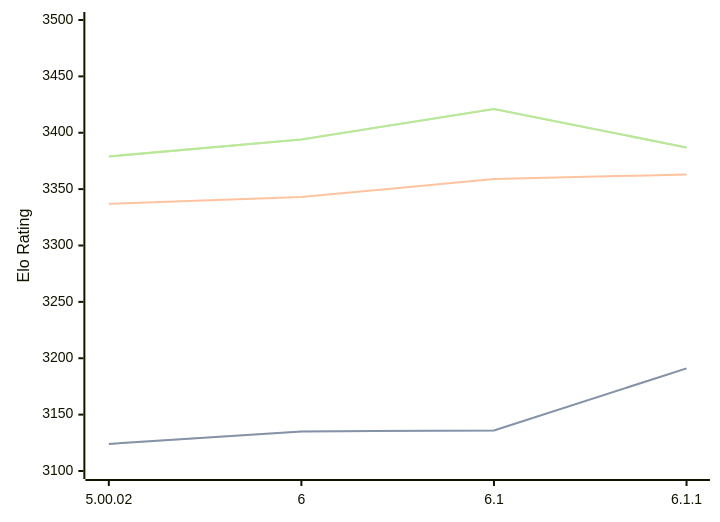
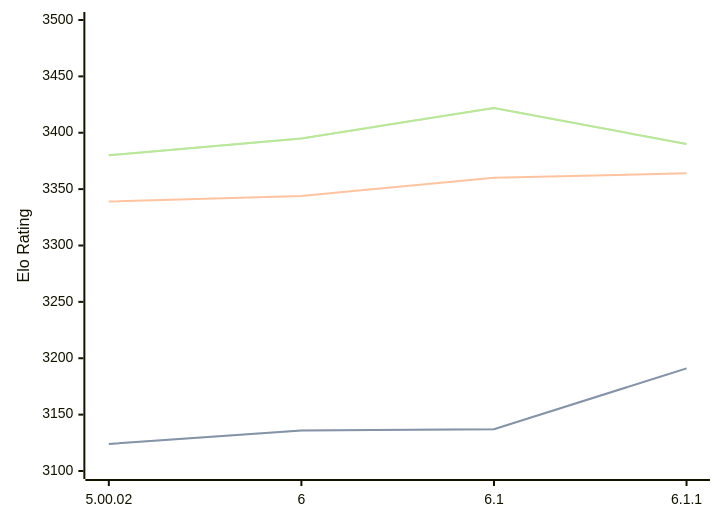
The third of 3 diagrams in engines/Zangdar.md (computer-chess-index/cci), drawn with Mermaid before and after one commit. The commit also changed other lines of this file, not shown here.

Commit message:
Update CCI Ratings (ELO VLTC) - 2026-07-12

````diff
--- a/engines/Zangdar.md
+++ b/engines/Zangdar.md
@@ -79,11 +79,11 @@
 ```mermaid
 %%{init: {"theme":"base","themeVariables":{"seriesColors:['#a3a3a3','#222221','#faa371']}}}%%
 xychart-beta
   x-axis ["5.00.02", "6", "6.1", "6.1.1"]
   y-axis "Elo Rating" 3100 --> 3500
-  line "STC (8.0+0.08s)" [3124, 3135, 3136, 3191]
-  line "STC (8.0+0.08s)" [3124, 3135, 3136, 3191]
-  line "LTC (60.0+0.60s)" [3337, 3343, 3359, 3363]
-  line "VLTC (2m24s+1.12s)" [3379, 3394, 3421, 3387]
-  line "VLTC (2m24s+1.12s)" [3379, 3394, 3421, 3387]
+  line "STC (8.0+0.08s)" [3124, 3136, 3137, 3191]
+  line "STC (8.0+0.08s)" [3124, 3136, 3137, 3191]
+  line "LTC (60.0+0.60s)" [3339, 3344, 3360, 3364]
+  line "VLTC (2m24s+1.12s)" [3380, 3395, 3422, 3390]
+  line "VLTC (2m24s+1.12s)" [3380, 3395, 3422, 3390]
 ```
````
